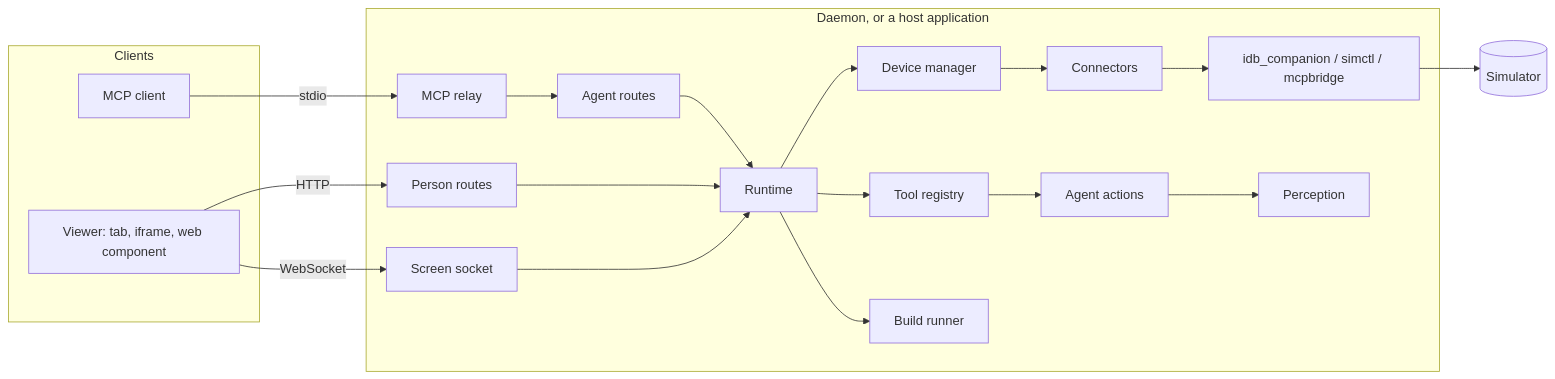
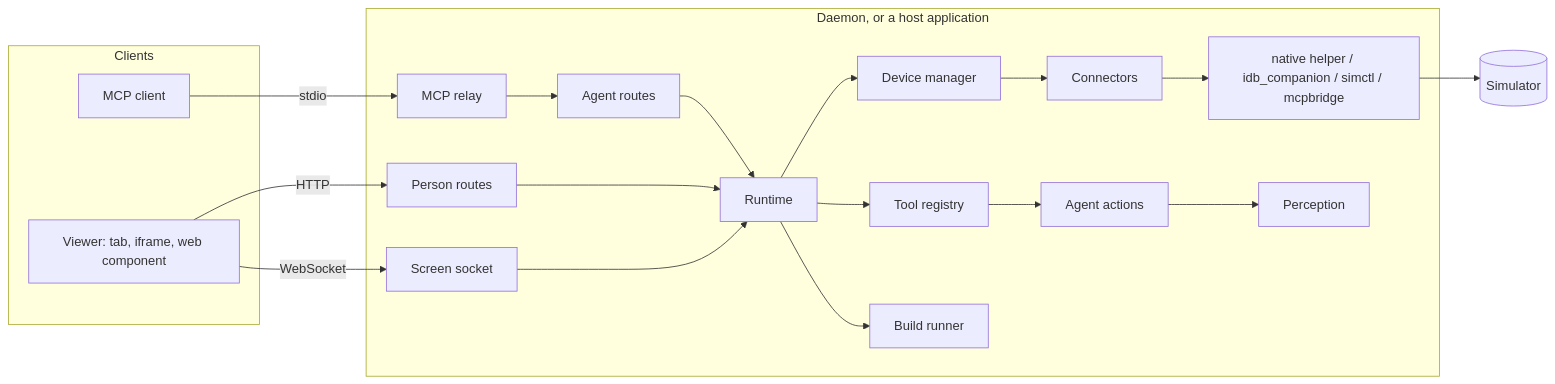
Before and after one commit to AndrewKochulab/sim-mirror: the diagram in docs/architecture.md, drawn with Mermaid. The commit also changed other lines of this file and 23 other files, not shown here.

````diff
--- a/docs/architecture.md
+++ b/docs/architecture.md
@@ -3,18 +3,18 @@
 ```mermaid
 flowchart LR
   subgraph clients[Clients]
     agent[MCP client]
     browser[Viewer: tab, iframe, web component]
   end
   subgraph host[Daemon, or a host application]
     relay[MCP relay] --> agentRoutes[Agent routes]
     browser -- HTTP --> httpRoutes[Person routes]
     browser -- WebSocket --> socketRoutes[Screen socket]
     agentRoutes & httpRoutes & socketRoutes --> runtime[Runtime]
     runtime --> manager[Device manager] & tools[Tool registry] & builds[Build runner]
-    manager --> connectors[Connectors] --> companion[idb_companion / simctl / mcpbridge]
+    manager --> connectors[Connectors] --> companion[native helper / idb_companion / simctl / mcpbridge]
     tools --> actions[Agent actions] --> perception[Perception]
   end
   agent -- stdio --> relay
   companion --> device[(Simulator)]
 ```
````
